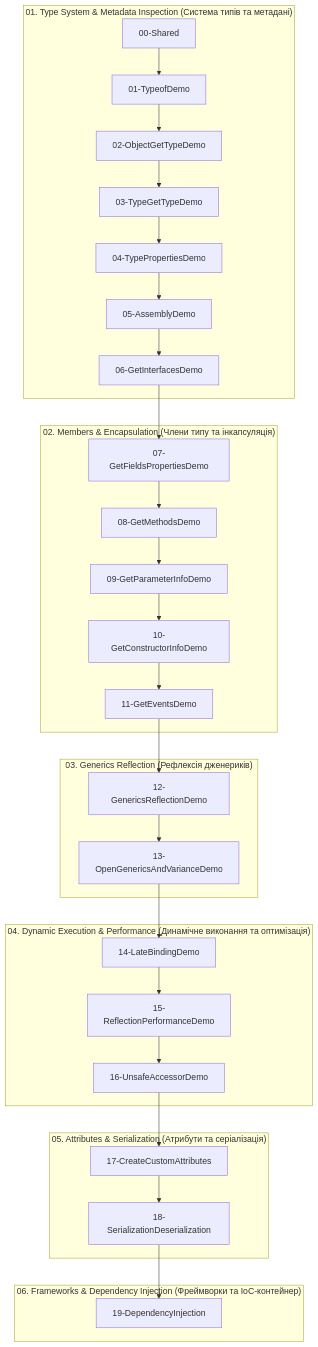
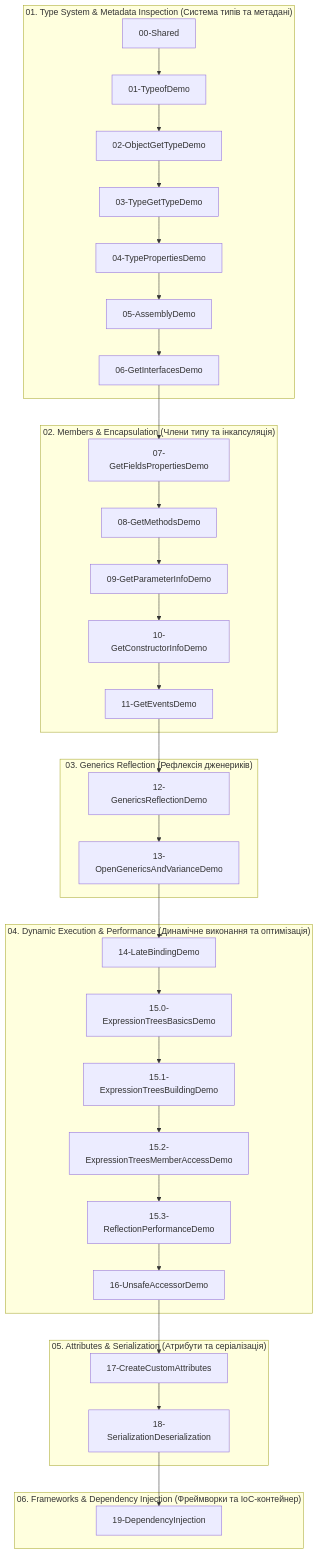
The diagram in 06-Advanced-DotNet/02-Reflection-And-Metadata/README.md (MrTomkaYurii/CSharp-OOP-Mastery), drawn with Mermaid before and after one commit. The commit also changed other lines of this file and 15 other files, not shown here.

Commit message:
feat(reflection): introduce expression trees gradation 15.0-15.3, dedicated deep dive docs, and AST building diagrams

````diff
--- a/06-Advanced-DotNet/02-Reflection-And-Metadata/README.md
+++ b/06-Advanced-DotNet/02-Reflection-And-Metadata/README.md
@@ -27,60 +28,66 @@
 ```mermaid
 graph TD
     subgraph S1["01. Type System & Metadata Inspection (Система типів та метадані)"]
         P0["00-Shared"]
         P1["01-TypeofDemo"]
         P2["02-ObjectGetTypeDemo"]
         P3["03-TypeGetTypeDemo"]
         P4["04-TypePropertiesDemo"]
         P5["05-AssemblyDemo"]
         P6["06-GetInterfacesDemo"]
     end
 
     subgraph S2["02. Members & Encapsulation (Члени типу та інкапсуляція)"]
         P7["07-GetFieldsPropertiesDemo"]
         P8["08-GetMethodsDemo"]
         P9["09-GetParameterInfoDemo"]
         P10["10-GetConstructorInfoDemo"]
         P11["11-GetEventsDemo"]
     end
 
     subgraph S3["03. Generics Reflection (Рефлексія дженериків)"]
         P12["12-GenericsReflectionDemo"]
         P13["13-OpenGenericsAndVarianceDemo"]
     end
 
     subgraph S4["04. Dynamic Execution & Performance (Динамічне виконання та оптимізація)"]
         P14["14-LateBindingDemo"]
-        P15["15-ReflectionPerformanceDemo"]
+        P15_0["15.0-ExpressionTreesBasicsDemo"]
+        P15_1["15.1-ExpressionTreesBuildingDemo"]
+        P15_2["15.2-ExpressionTreesMemberAccessDemo"]
+        P15_3["15.3-ReflectionPerformanceDemo"]
         P16["16-UnsafeAccessorDemo"]
     end
 
     subgraph S5["05. Attributes & Serialization (Атрибути та серіалізація)"]
         P17["17-CreateCustomAttributes"]
         P18["18-SerializationDeserialization"]
     end
 
     subgraph S6["06. Frameworks & Dependency Injection (Фреймворки та IoC-контейнер)"]
         P19["19-DependencyInjection"]
     end
 
     P0 --> P1
     P1 --> P2
     P2 --> P3
     P3 --> P4
     P4 --> P5
     P5 --> P6
     P6 --> P7
     P7 --> P8
     P8 --> P9
     P9 --> P10
     P10 --> P11
     P11 --> P12
     P12 --> P13
     P13 --> P14
-    P14 --> P15
-    P15 --> P16
+    P14 --> P15_0
+    P15_0 --> P15_1
+    P15_1 --> P15_2
+    P15_2 --> P15_3
+    P15_3 --> P16
     P16 --> P17
     P17 --> P18
     P18 --> P19
 ```
````
